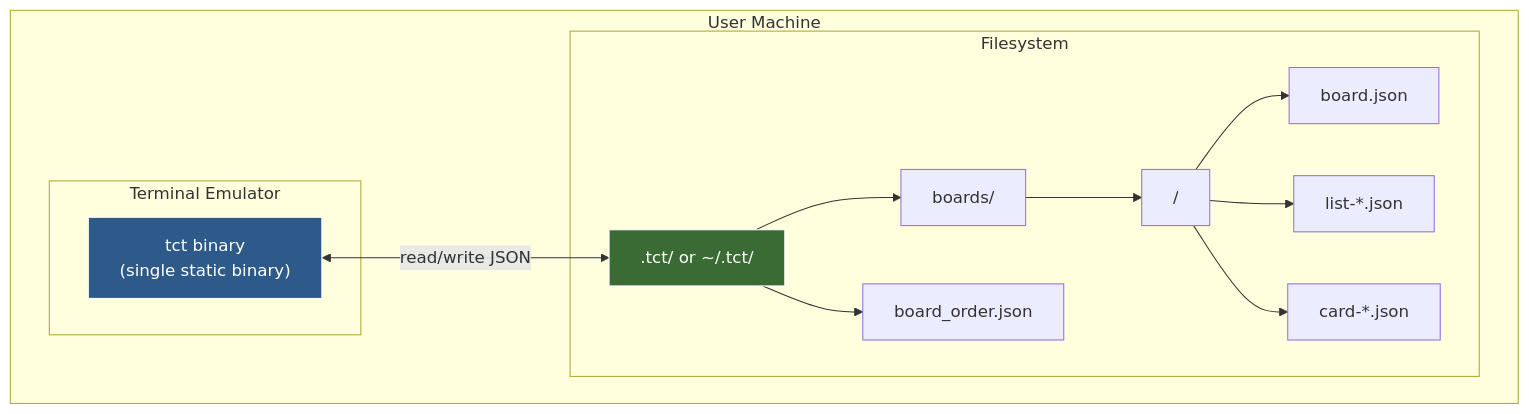
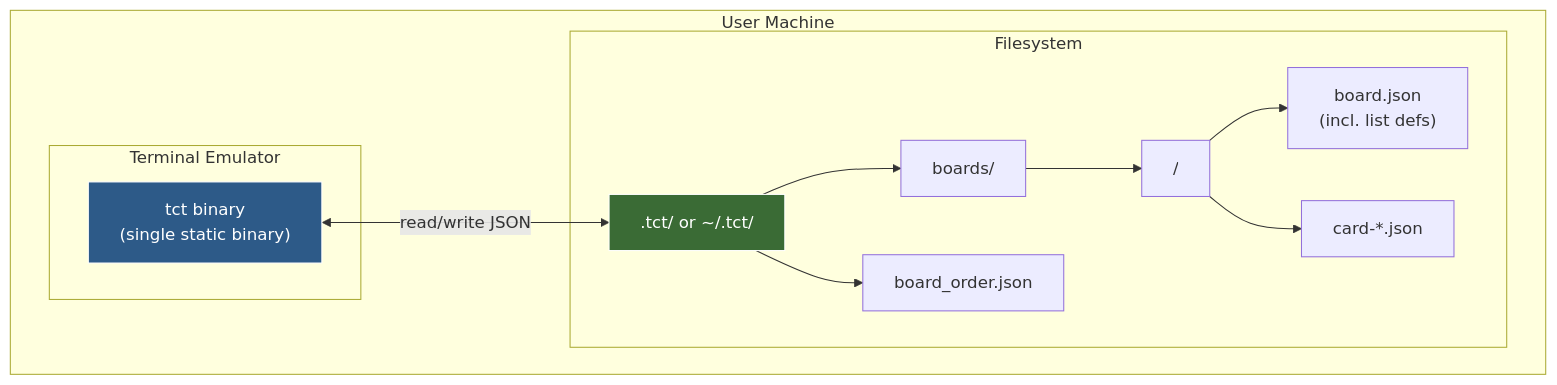
Before and after one commit to waschmittel/tct: the seventh of 11 diagrams in docs/arc42.md, drawn with Mermaid. The commit also changed other lines of this file and 20 other files, not shown here.

````diff
--- a/docs/arc42.md
+++ b/docs/arc42.md
@@ -415,30 +414,28 @@
 ```mermaid
 graph TB
     subgraph "User Machine"
         subgraph "Terminal Emulator"
             TCT["tct binary<br>(single static binary)"]
         end
 
         subgraph "Filesystem"
             DATA_DIR[".tct/ or ~/.tct/"]
             BOARDS["boards/"]
             BOARD_DIR["<board-id>/"]
-            BOARD_JSON["board.json"]
-            LIST_JSON["list-*.json"]
+            BOARD_JSON["board.json<br>(incl. list defs)"]
             CARD_JSON["card-*.json"]
             ORDER_JSON["board_order.json"]
 
             DATA_DIR --> BOARDS
             DATA_DIR --> ORDER_JSON
             BOARDS --> BOARD_DIR
             BOARD_DIR --> BOARD_JSON
-            BOARD_DIR --> LIST_JSON
             BOARD_DIR --> CARD_JSON
         end
 
         TCT <-->|read/write JSON| DATA_DIR
     end
 
     style TCT fill:#2d5a88,stroke:#fff,color:#fff
     style DATA_DIR fill:#3a6b35,stroke:#fff,color:#fff
 ```
````
